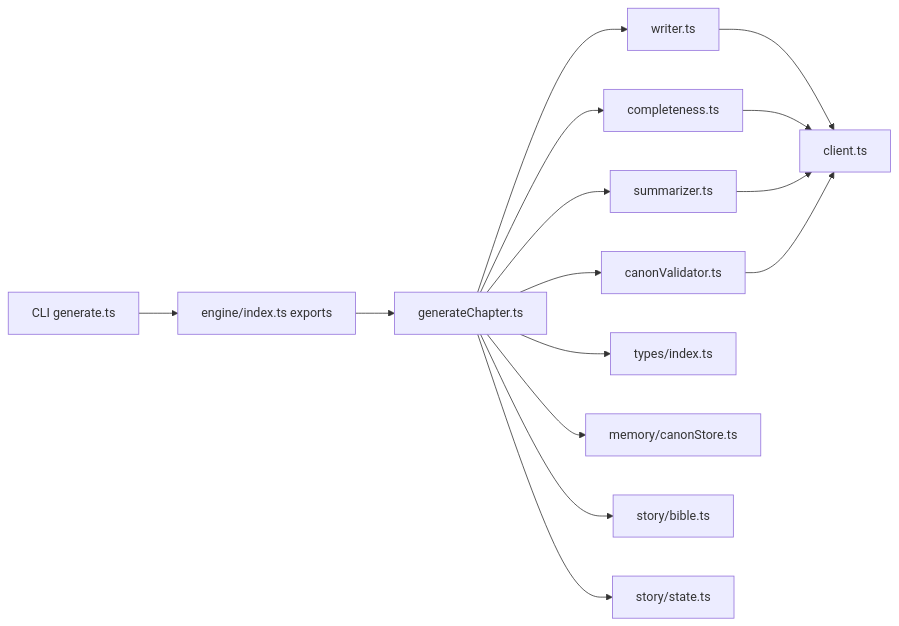
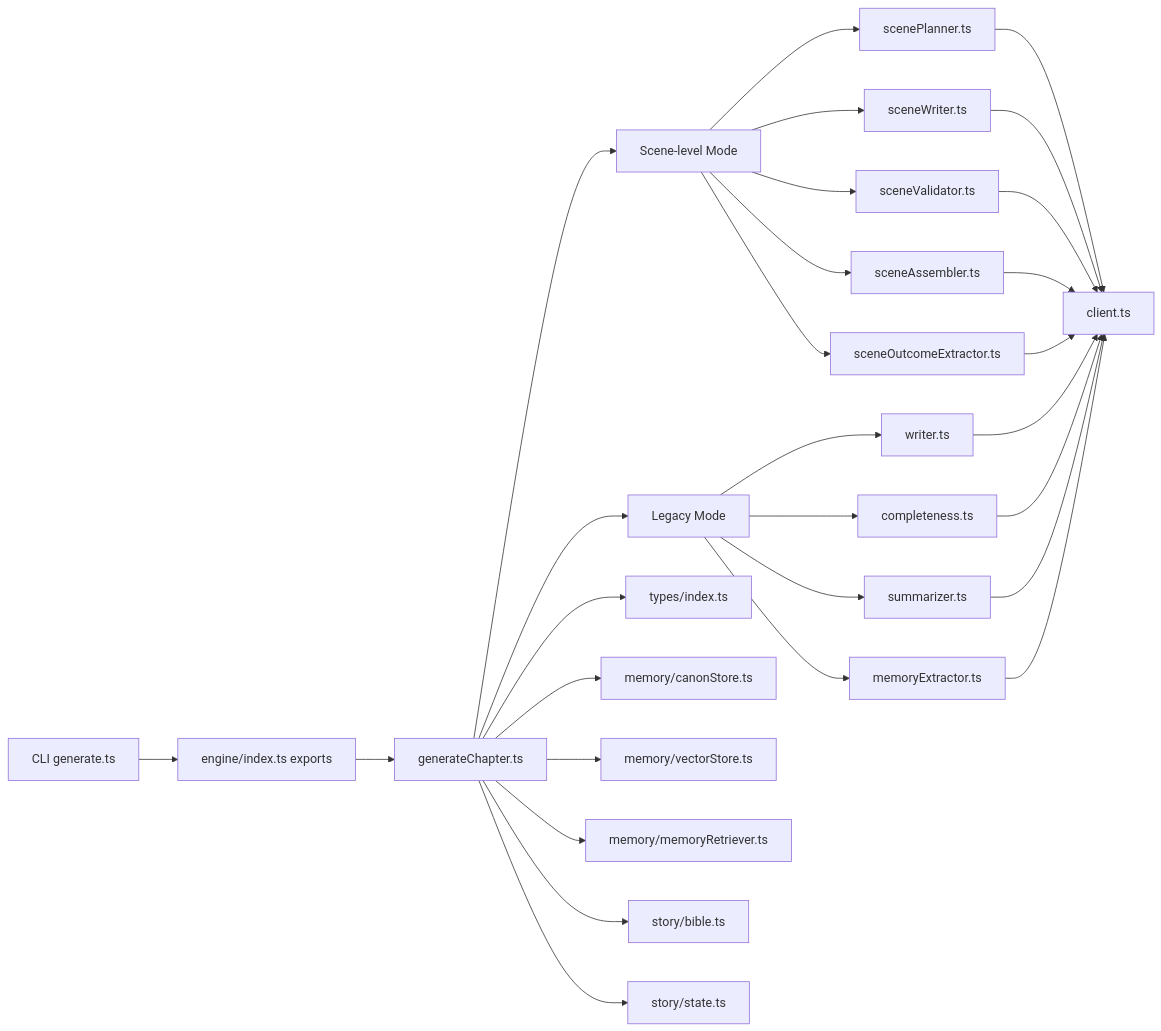
One commit to liwonder/NARRITIVE_OS changed the fourth of 4 diagrams in .qoder/repowiki/en/content/Engine Architecture/Generation Pipeline.md. Above: the diagram before and after it, drawn with Mermaid. The commit also changed other lines of this file and 7 other files, not shown here.

````diff
--- a/.qoder/repowiki/en/content/Engine Architecture/Generation Pipeline.md
+++ b/.qoder/repowiki/en/content/Engine Architecture/Generation Pipeline.md
@@ -310,17 +412,31 @@
 ```mermaid
 graph LR
 CLI["CLI generate.ts"] --> API["engine/index.ts exports"]
 API --> Gen["generateChapter.ts"]
-Gen --> W["writer.ts"]
-Gen --> CC["completeness.ts"]
-Gen --> S["summarizer.ts"]
-Gen --> CV["canonValidator.ts"]
-W --> LLM["client.ts"]
+Gen --> SceneMode["Scene-level Mode"]
+Gen --> LegacyMode["Legacy Mode"]
+SceneMode --> SP["scenePlanner.ts"]
+SceneMode --> SW["sceneWriter.ts"]
+SceneMode --> SV["sceneValidator.ts"]
+SceneMode --> SA["sceneAssembler.ts"]
+SceneMode --> SOE["sceneOutcomeExtractor.ts"]
+LegacyMode --> W["writer.ts"]
+LegacyMode --> CC["completeness.ts"]
+LegacyMode --> S["summarizer.ts"]
+LegacyMode --> ME["memoryExtractor.ts"]
+SP --> LLM["client.ts"]
+SW --> LLM
+SV --> LLM
+SA --> LLM
+SOE --> LLM
+W --> LLM
 CC --> LLM
 S --> LLM
-CV --> LLM
+ME --> LLM
 Gen --> Types["types/index.ts"]
 Gen --> Canon["memory/canonStore.ts"]
+Gen --> VS["memory/vectorStore.ts"]
+Gen --> MR["memory/memoryRetriever.ts"]
 Gen --> Story["story/bible.ts"]
 Gen --> State["story/state.ts"]
 ```
````
